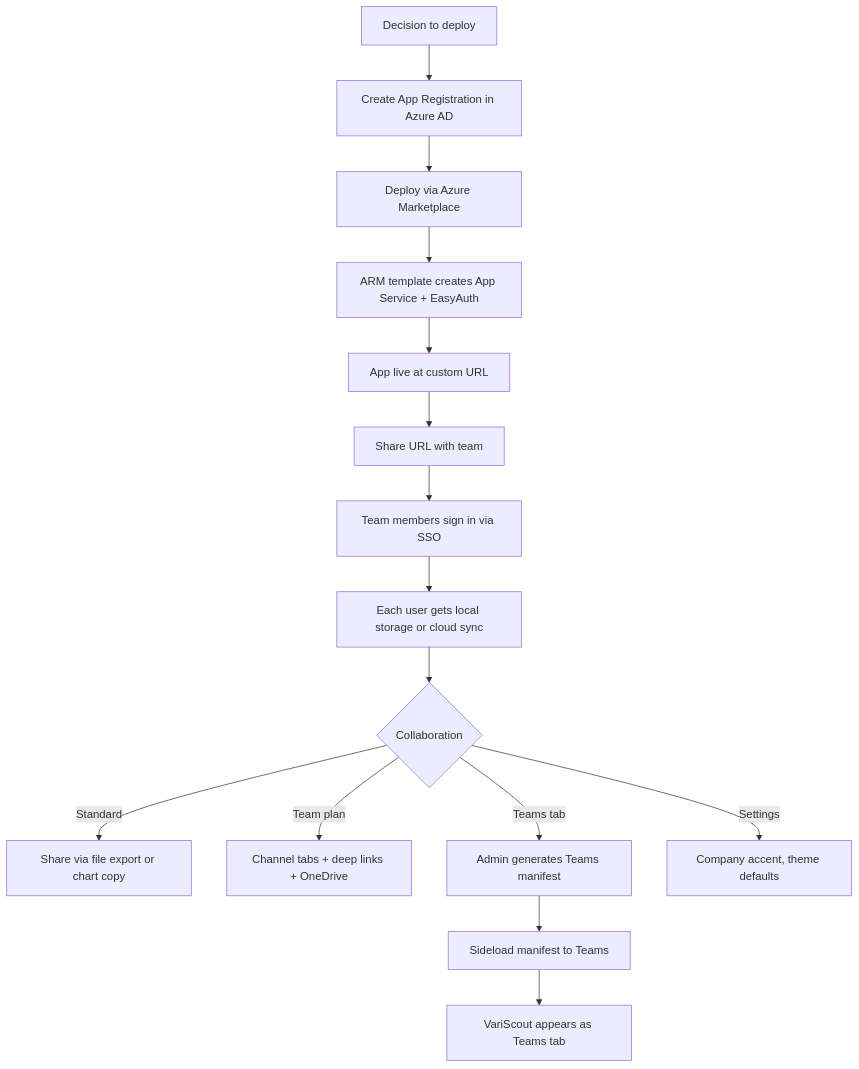
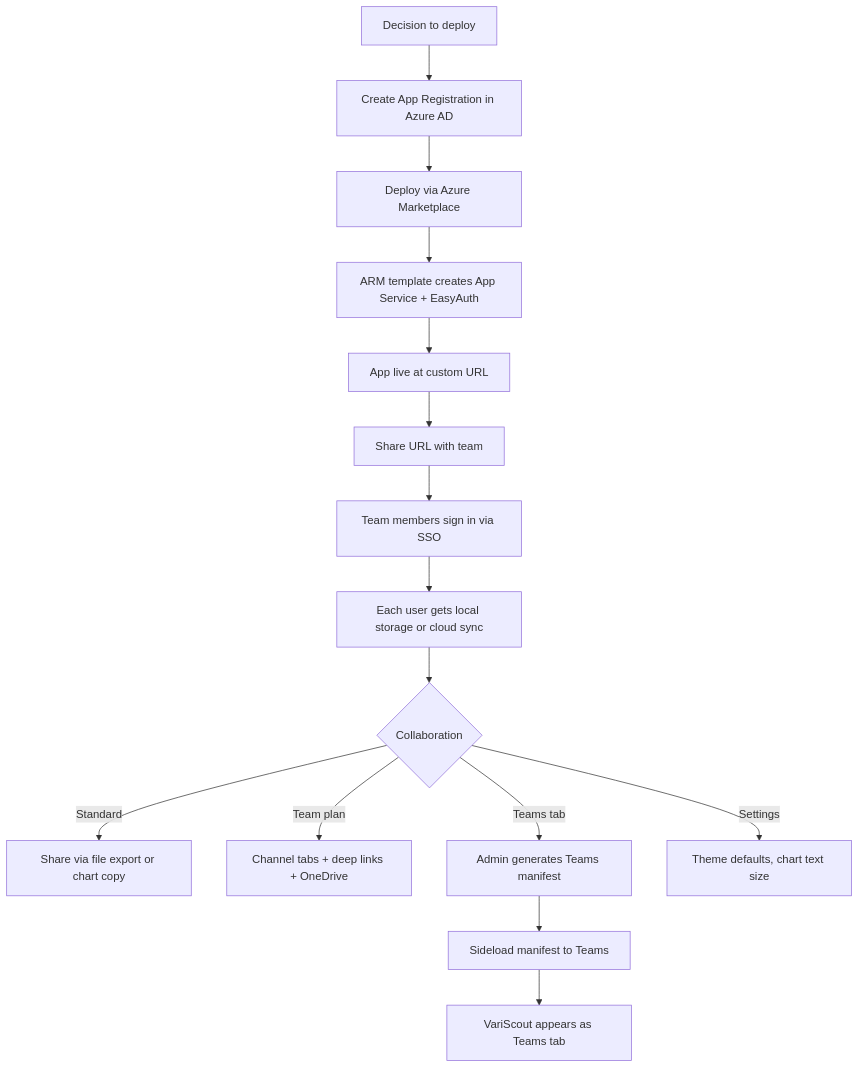
Before and after one commit to jukka-matti/variscout: the first of 2 diagrams in docs/02-journeys/flows/azure-team-collaboration.md, drawn with Mermaid. The commit also changed other lines of this file and 5 other files, not shown here.

````diff
--- a/docs/02-journeys/flows/azure-team-collaboration.md
+++ b/docs/02-journeys/flows/azure-team-collaboration.md
@@ -39,17 +39,17 @@
 ```mermaid
 flowchart TD
     A[Decision to deploy] --> B[Create App Registration in Azure AD]
     B --> C[Deploy via Azure Marketplace]
     C --> D[ARM template creates App Service + EasyAuth]
     D --> E[App live at custom URL]
     E --> F[Share URL with team]
     F --> G[Team members sign in via SSO]
     G --> H[Each user gets local storage or cloud sync]
     H --> I{Collaboration}
     I -->|Standard| J[Share via file export or chart copy]
     I -->|Team plan| J2[Channel tabs + deep links + OneDrive]
     I -->|Teams tab| K[Admin generates Teams manifest]
     K --> L[Sideload manifest to Teams]
     L --> M[VariScout appears as Teams tab]
-    I -->|Settings| N[Company accent, theme defaults]
+    I -->|Settings| N[Theme defaults, chart text size]
 ```
````
